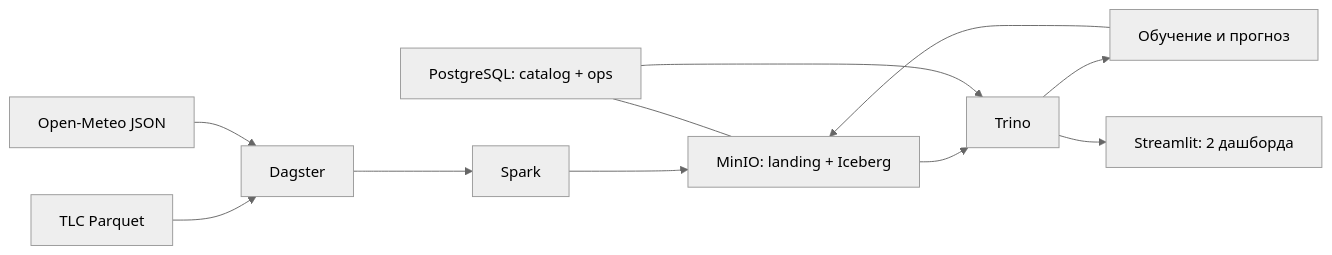
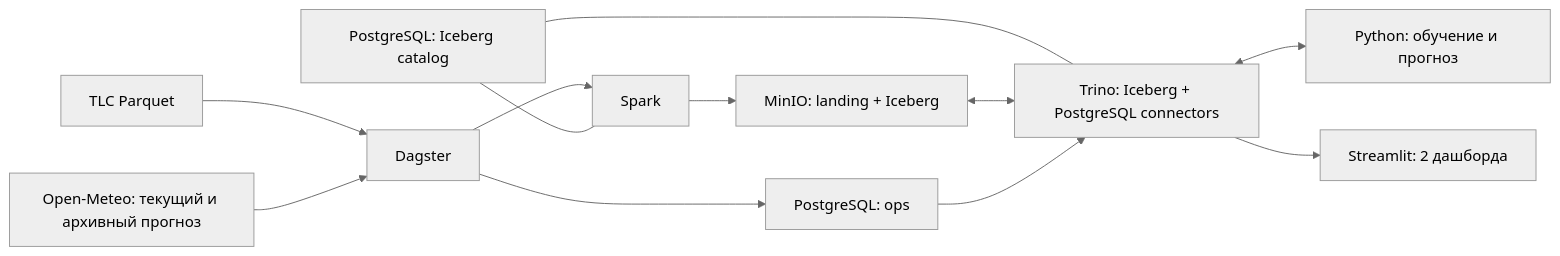
Before and after one commit to gerakolen/mirea-4: the diagram in mirea-4-1/subjects/pas/technical-specification.md, drawn with Mermaid (neutral theme). The commit also changed other lines of this file, not shown here.

````diff
--- a/mirea-4-1/subjects/pas/technical-specification.md
+++ b/mirea-4-1/subjects/pas/technical-specification.md
@@ -44,13 +75,14 @@
 ```mermaid
 flowchart LR
     A["TLC Parquet"] --> O["Dagster"]
-    B["Open-Meteo JSON"] --> O
+    B["Open-Meteo: текущий и архивный прогноз"] --> O
     O --> S["Spark"]
     S --> M["MinIO: landing + Iceberg"]
-    P["PostgreSQL: catalog + ops"] --- M
-    M --> T["Trino"]
+    C["PostgreSQL: Iceberg catalog"] --- S
+    C --- T["Trino: Iceberg + PostgreSQL connectors"]
+    M <--> T
+    O --> P["PostgreSQL: ops"]
     P --> T
-    T --> ML["Обучение и прогноз"]
-    ML --> M
+    T <--> ML["Python: обучение и прогноз"]
     T --> UI["Streamlit: 2 дашборда"]
 ```
````
